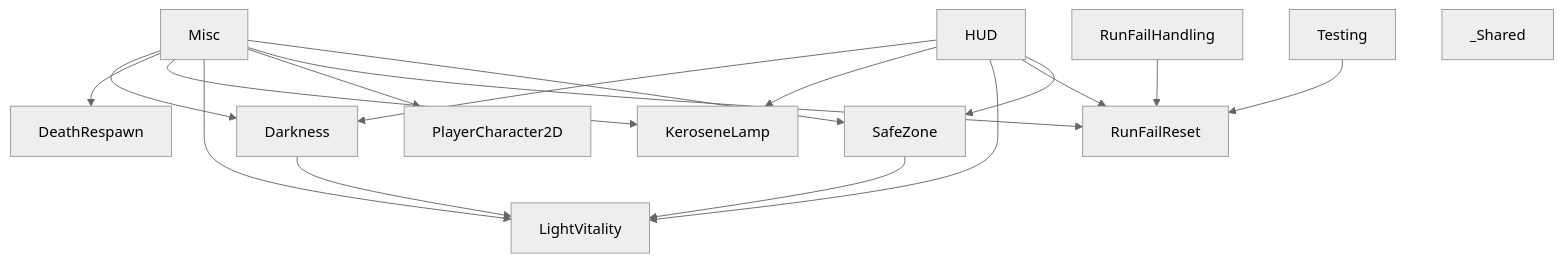
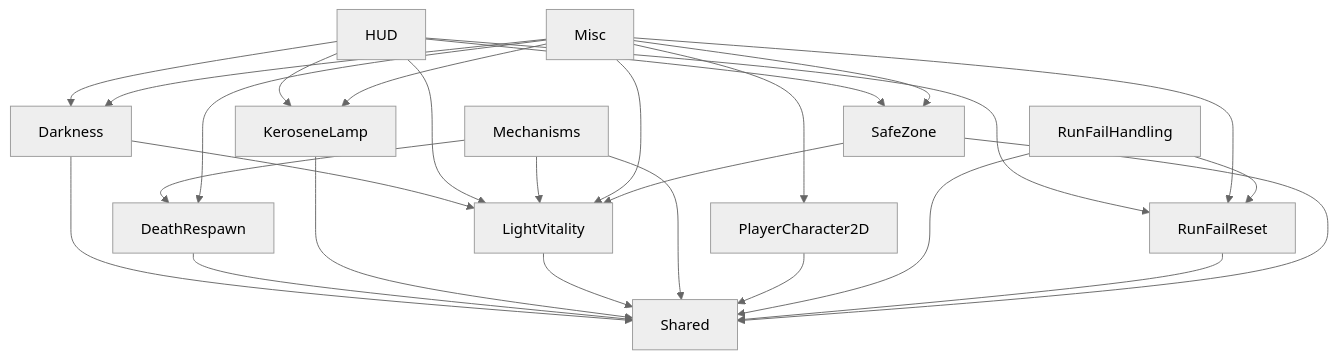
Before and after one commit to tja688/ThatGameJam: the diagram in Assets/ArchitectureScanResults/L0_features_overview.mmd, drawn with Mermaid (neutral theme). The commit also changed 25 other files, not shown here.

```diff
--- a/Assets/ArchitectureScanResults/L0_features_overview.mmd
+++ b/Assets/ArchitectureScanResults/L0_features_overview.mmd
@@ -1,30 +1,40 @@
 %% L0 Features Overview
 graph TD
     Feature::Darkness["Darkness"]
     Feature::DeathRespawn["DeathRespawn"]
     Feature::HUD["HUD"]
     Feature::KeroseneLamp["KeroseneLamp"]
     Feature::LightVitality["LightVitality"]
+    Feature::Mechanisms["Mechanisms"]
     Feature::Misc["Misc"]
     Feature::PlayerCharacter2D["PlayerCharacter2D"]
     Feature::RunFailHandling["RunFailHandling"]
     Feature::RunFailReset["RunFailReset"]
     Feature::SafeZone["SafeZone"]
-    Feature::Testing["Testing"]
-    Feature::_Shared["_Shared"]
+    Feature::Shared["Shared"]
     Feature::Darkness --> Feature::LightVitality
+    Feature::Darkness --> Feature::Shared
+    Feature::DeathRespawn --> Feature::Shared
     Feature::HUD --> Feature::Darkness
     Feature::HUD --> Feature::KeroseneLamp
     Feature::HUD --> Feature::LightVitality
     Feature::HUD --> Feature::RunFailReset
     Feature::HUD --> Feature::SafeZone
+    Feature::KeroseneLamp --> Feature::Shared
+    Feature::LightVitality --> Feature::Shared
+    Feature::Mechanisms --> Feature::DeathRespawn
+    Feature::Mechanisms --> Feature::LightVitality
+    Feature::Mechanisms --> Feature::Shared
     Feature::Misc --> Feature::Darkness
     Feature::Misc --> Feature::DeathRespawn
     Feature::Misc --> Feature::KeroseneLamp
     Feature::Misc --> Feature::LightVitality
     Feature::Misc --> Feature::PlayerCharacter2D
     Feature::Misc --> Feature::RunFailReset
     Feature::Misc --> Feature::SafeZone
+    Feature::PlayerCharacter2D --> Feature::Shared
     Feature::RunFailHandling --> Feature::RunFailReset
+    Feature::RunFailHandling --> Feature::Shared
+    Feature::RunFailReset --> Feature::Shared
     Feature::SafeZone --> Feature::LightVitality
-    Feature::Testing --> Feature::RunFailReset
+    Feature::SafeZone --> Feature::Shared
```
